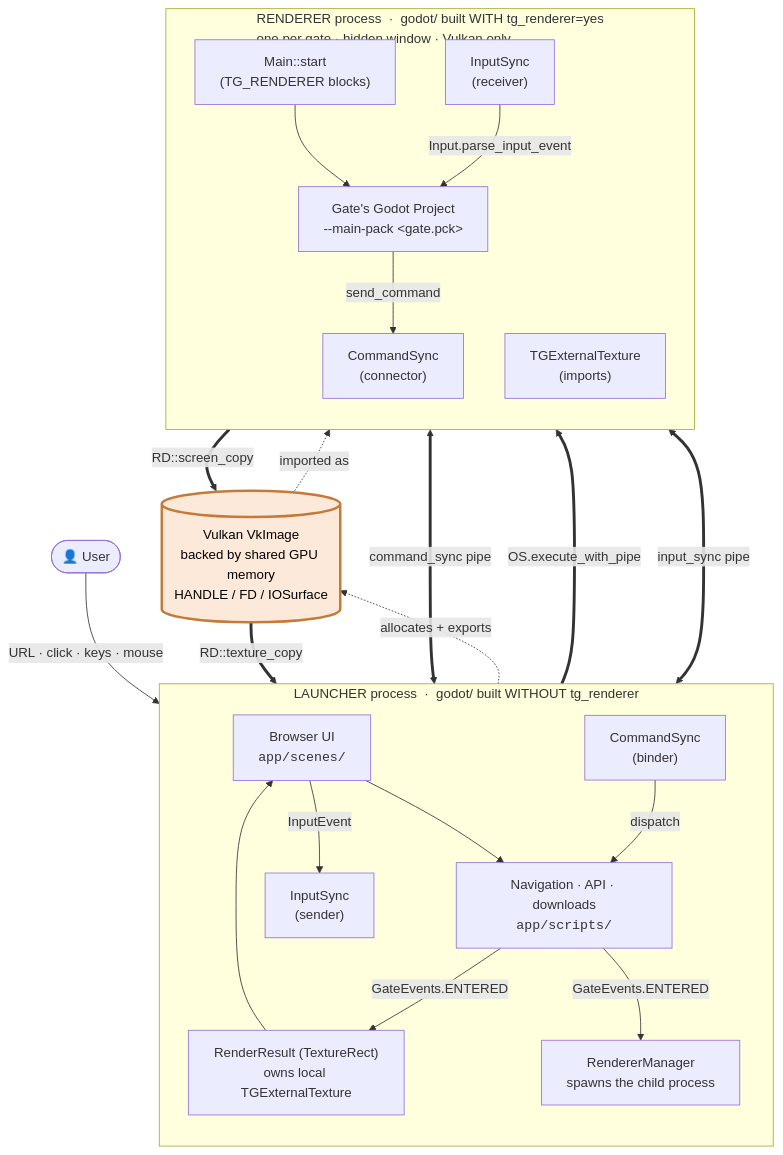
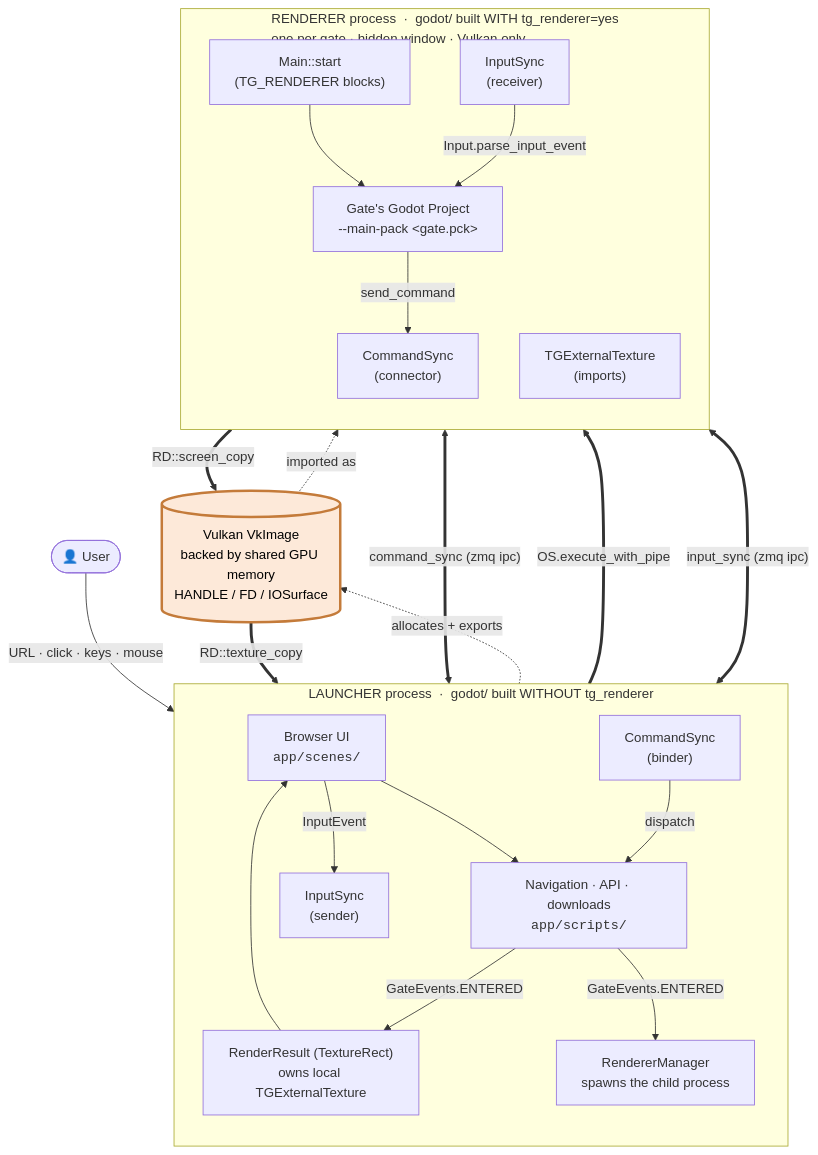
Before and after one commit to thegatesbrowser/thegates: the first of 3 diagrams in docs/Architecture Diagrams.md, drawn with Mermaid. The commit also changed other lines of this file and 2 other files, not shown here.

First line of the commit message:
docs: catch up architecture notes to zmq IPC + multi-gate sandbox

````diff
--- a/docs/Architecture Diagrams.md
+++ b/docs/Architecture Diagrams.md
@@ -21,49 +21,49 @@
 ```mermaid
 flowchart TB
     U(["👤 User"])
 
     subgraph L ["LAUNCHER process &nbsp;·&nbsp; godot/ built WITHOUT tg_renderer"]
         direction TB
         UI["Browser UI<br/><code>app/scenes/</code>"]
         NAV["Navigation · API · downloads<br/><code>app/scripts/</code>"]
         RM["RendererManager<br/>spawns the child process"]
         RR["RenderResult (TextureRect)<br/>owns local TGExternalTexture"]
         CSL["CommandSync<br/>(binder)"]
         ISL["InputSync<br/>(sender)"]
     end
 
     subgraph R ["RENDERER process &nbsp;·&nbsp; godot/ built WITH tg_renderer=yes<br/>one per gate · hidden window · Vulkan only"]
         direction TB
         MAIN["Main::start<br/>(TG_RENDERER blocks)"]
         GAME["Gate's Godot Project<br/>--main-pack &lt;gate.pck&gt;"]
         ETR["TGExternalTexture<br/>(imports)"]
         CSR["CommandSync<br/>(connector)"]
         ISR["InputSync<br/>(receiver)"]
     end
 
     SHARED[("Vulkan VkImage<br/>backed by shared GPU memory<br/>HANDLE / FD / IOSurface")]
 
     U -->|"URL · click · keys · mouse"| UI
     UI --> NAV
     NAV -->|"GateEvents.ENTERED"| RM
     NAV -->|"GateEvents.ENTERED"| RR
     RM ==>|"OS.execute_with_pipe"| MAIN
     MAIN --> GAME
 
     RR -. "allocates + exports" .-> SHARED
     SHARED -. "imported as" .-> ETR
     GAME ==>|"RD::screen_copy"| SHARED
     SHARED ==>|"RD::texture_copy"| RR
     RR --> UI
 
     UI -->|"InputEvent"| ISL
-    ISL <==>|"input_sync pipe"| ISR
+    ISL <==>|"input_sync (zmq ipc)"| ISR
     ISR -->|"Input.parse_input_event"| GAME
 
     GAME -->|"send_command"| CSR
-    CSR <==>|"command_sync pipe"| CSL
+    CSR <==>|"command_sync (zmq ipc)"| CSL
     CSL -->|"dispatch"| NAV
 
     classDef shared fill:#fde9d9,stroke:#c47b3a,stroke-width:3px,color:#000
     class SHARED shared
 ```
````
